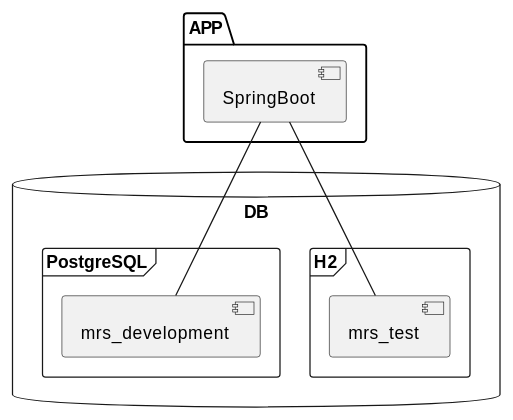
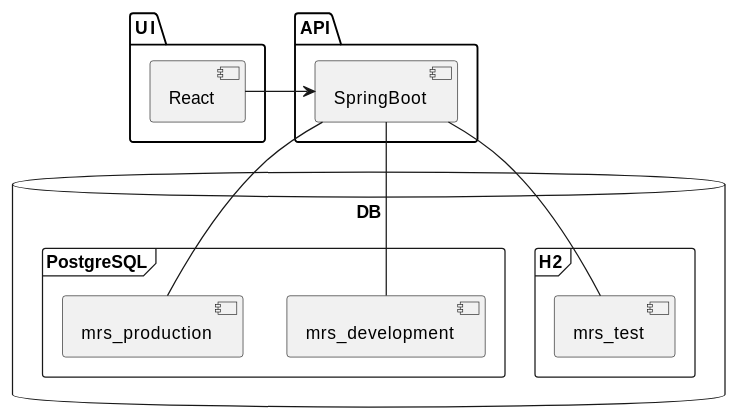
One commit to k2works/case-study-mrs changed diagram 30 of 31 in docs/index.adoc. Above: the diagram before and after it, drawn with PlantUML. The commit also changed other lines of this file, not shown here.

```diff
--- a/docs/index.adoc
+++ b/docs/index.adoc
@@ -1017,19 +1017,26 @@
 [plantuml]
 ----
-package "APP" {
+package "UI" {
+  [React]
+}
+
+package "API" {
   [SpringBoot]
 }
 
 database "DB" {
   frame "H2" {
     [mrs_test]
   }
 
   frame "PostgreSQL" {
     [mrs_development]
+    [mrs_production]
   }
 }
 
+[React] -> [SpringBoot]
 [SpringBoot] -- [mrs_test]
 [SpringBoot] -- [mrs_development]
+[SpringBoot] -- [mrs_production]
 ----
```
